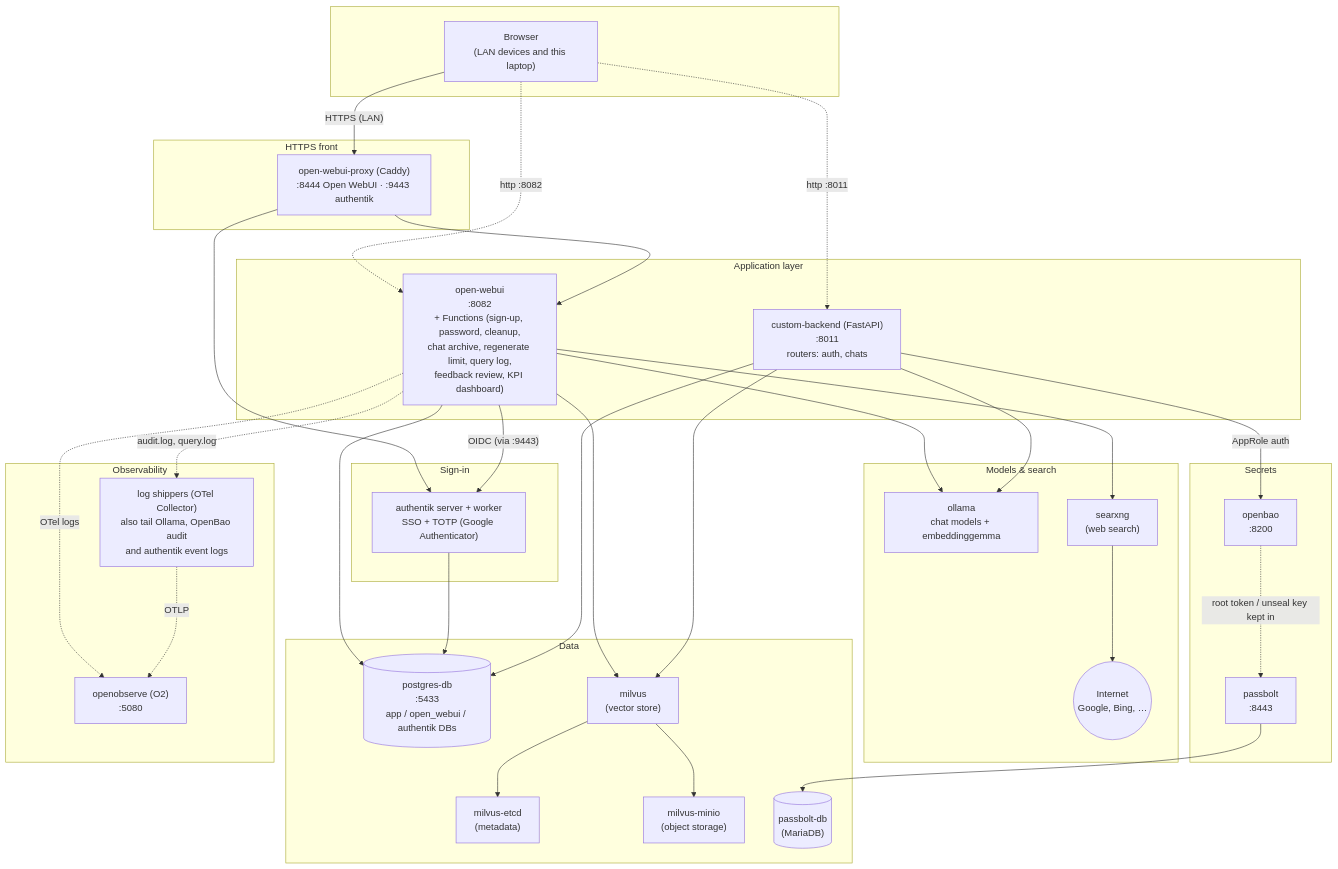
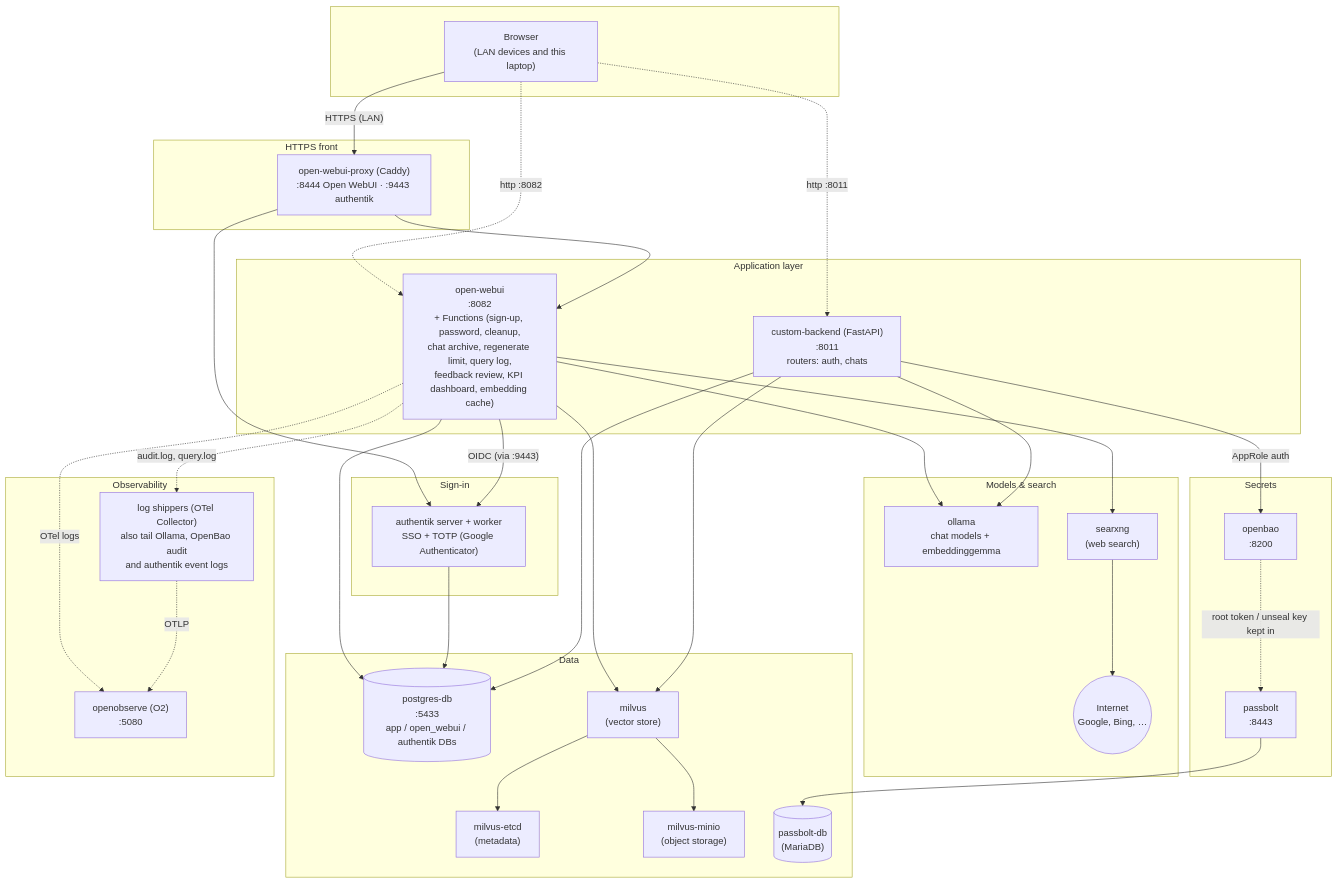
One commit to akshatz/laptop-ai-backend changed the diagram in README.md. Above: the diagram before and after it, drawn with Mermaid. The commit also changed other lines of this file and 3 other files, not shown here.

Commit message:
Embedding Cache Function: reuse vectors of chunks already embedded

````diff
--- a/README.md
+++ b/README.md
@@ -7,71 +7,71 @@
 ```mermaid
 flowchart TB
     subgraph client[" "]
         browser["Browser\n(LAN devices and this laptop)"]
     end
 
     subgraph edge["HTTPS front"]
         proxy["open-webui-proxy (Caddy)\n:8444 Open WebUI · :9443 authentik"]
     end
 
     subgraph app["Application layer"]
-        webui["open-webui\n:8082\n+ Functions (sign-up, password, cleanup,\nchat archive, regenerate limit, query log,\nfeedback review, KPI dashboard)"]
+        webui["open-webui\n:8082\n+ Functions (sign-up, password, cleanup,\nchat archive, regenerate limit, query log,\nfeedback review, KPI dashboard, embedding cache)"]
         backend["custom-backend (FastAPI)\n:8011\nrouters: auth, chats"]
     end
 
     subgraph identity["Sign-in"]
         authentik["authentik server + worker\nSSO + TOTP (Google Authenticator)"]
     end
 
     subgraph inference["Models & search"]
         ollama["ollama\nchat models + embeddinggemma"]
         searxng["searxng\n(web search)"]
         internet(("Internet\nGoogle, Bing, …"))
     end
 
     subgraph data["Data"]
         postgres[("postgres-db\n:5433\napp / open_webui / authentik DBs")]
         milvus["milvus\n(vector store)"]
         milvusEtcd["milvus-etcd\n(metadata)"]
         milvusMinio["milvus-minio\n(object storage)"]
         passboltDb[("passbolt-db\n(MariaDB)")]
     end
 
     subgraph secrets["Secrets"]
         openbao["openbao\n:8200"]
         passbolt["passbolt\n:8443"]
     end
 
     subgraph observability["Observability"]
         shippers["log shippers (OTel Collector)\nalso tail Ollama, OpenBao audit\nand authentik event logs"]
         openobserve["openobserve (O2)\n:5080"]
     end
 
     browser -- "HTTPS (LAN)" --> proxy
     browser -. "http :8082" .-> webui
     browser -. "http :8011" .-> backend
     proxy --> webui
     proxy --> authentik
 
     webui -- "OIDC (via :9443)" --> authentik
     webui --> ollama
     webui --> searxng
     searxng --> internet
     webui --> milvus
     webui --> postgres
     authentik --> postgres
 
     backend --> ollama
     backend --> milvus
     backend --> postgres
     backend -- "AppRole auth" --> openbao
 
     milvus --> milvusEtcd
     milvus --> milvusMinio
     passbolt --> passboltDb
     openbao -. "root token / unseal key kept in" .-> passbolt
 
     webui -. "OTel logs" .-> openobserve
     webui -. "audit.log, query.log" .-> shippers
     shippers -. OTLP .-> openobserve
 ```
````
